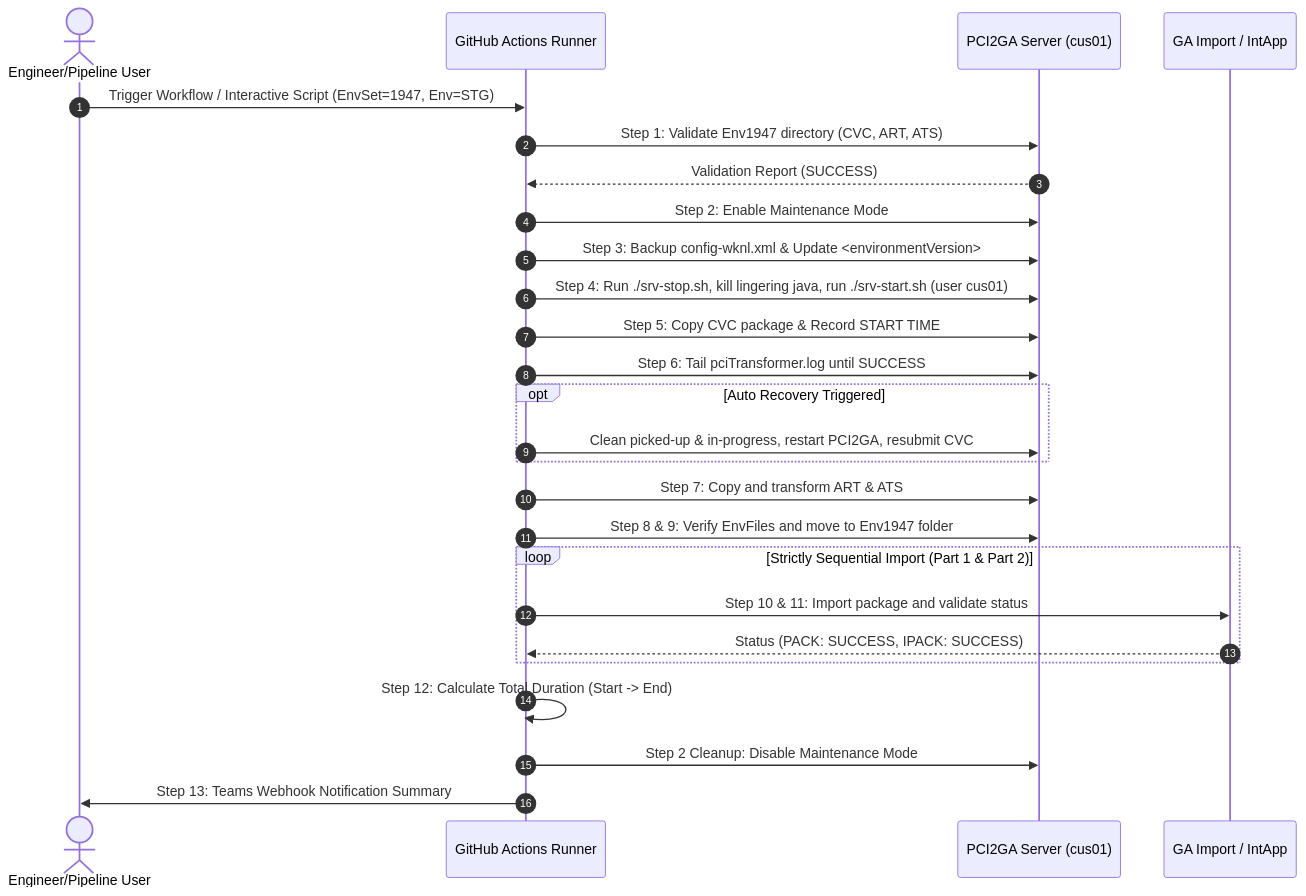
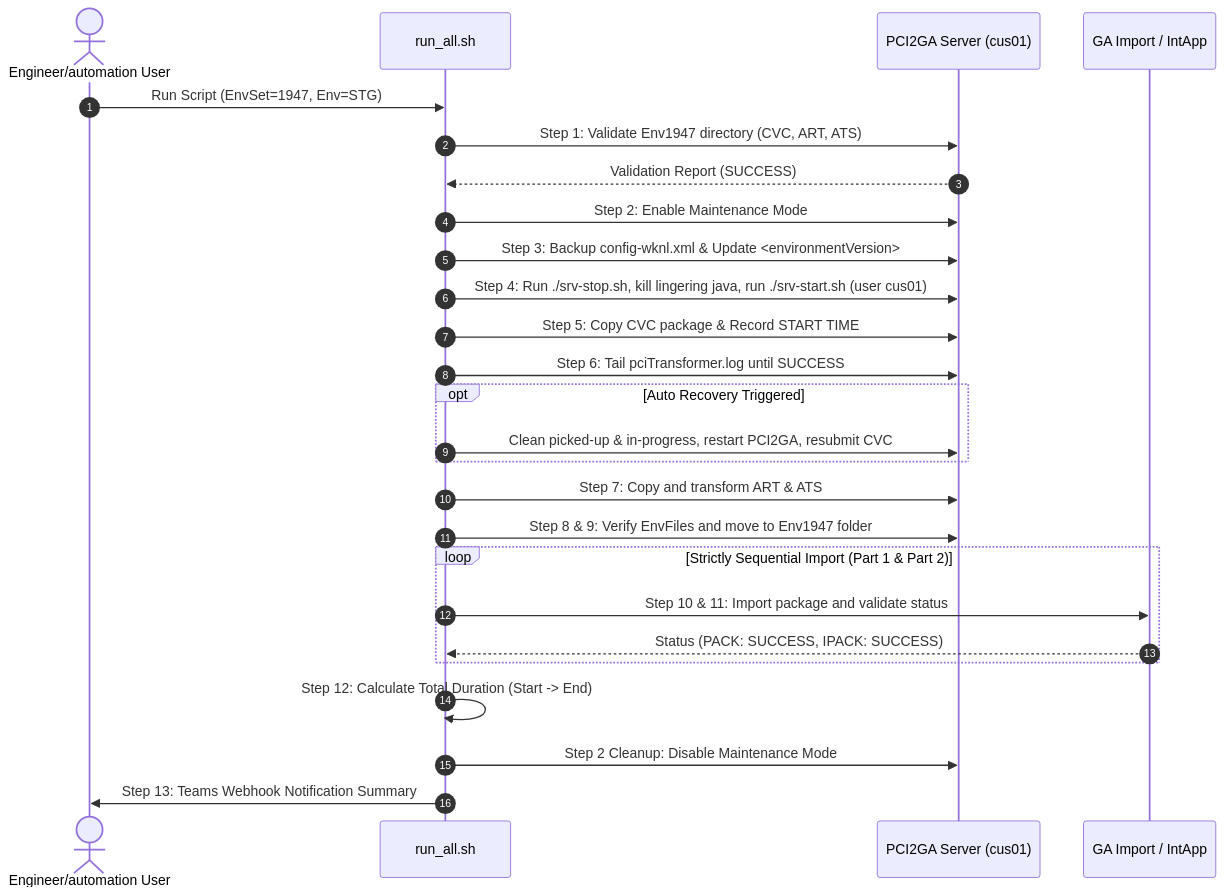
Before and after one commit to vivek-wk/configset-deployment-pipeline: the second of 2 diagrams in docs/ARCHITECTURE.md, drawn with Mermaid. The commit also changed other lines of this file and 8 other files, not shown here.

Commit message:
migrated from CI pipeline to single entry point Bash Script

````diff
--- a/docs/ARCHITECTURE.md
+++ b/docs/ARCHITECTURE.md
@@ -43,29 +42,29 @@
 ```mermaid
 sequenceDiagram
     autonumber
-    actor DevOps as Engineer/Pipeline User
-    participant GHA as GitHub Actions Runner
+    actor DevOps as Engineer/automation User
+    participant Script as run_all.sh
     participant PCI as PCI2GA Server (cus01)
     participant GA as GA Import / IntApp
 
-    DevOps->>GHA: Trigger Workflow / Interactive Script (EnvSet=1947, Env=STG)
-    GHA->>PCI: Step 1: Validate Env1947 directory (CVC, ART, ATS)
-    PCI-->>GHA: Validation Report (SUCCESS)
-    GHA->>PCI: Step 2: Enable Maintenance Mode
-    GHA->>PCI: Step 3: Backup config-wknl.xml & Update <environmentVersion>
-    GHA->>PCI: Step 4: Run ./srv-stop.sh, kill lingering java, run ./srv-start.sh (user cus01)
-    GHA->>PCI: Step 5: Copy CVC package & Record START TIME
-    GHA->>PCI: Step 6: Tail pciTransformer.log until SUCCESS
+    DevOps->>Script: Run Script (EnvSet=1947, Env=STG)
+    Script->>PCI: Step 1: Validate Env1947 directory (CVC, ART, ATS)
+    PCI-->>Script: Validation Report (SUCCESS)
+    Script->>PCI: Step 2: Enable Maintenance Mode
+    Script->>PCI: Step 3: Backup config-wknl.xml & Update <environmentVersion>
+    Script->>PCI: Step 4: Run ./srv-stop.sh, kill lingering java, run ./srv-start.sh (user cus01)
+    Script->>PCI: Step 5: Copy CVC package & Record START TIME
+    Script->>PCI: Step 6: Tail pciTransformer.log until SUCCESS
     opt Auto Recovery Triggered
-        GHA->>PCI: Clean picked-up & in-progress, restart PCI2GA, resubmit CVC
+        Script->>PCI: Clean picked-up & in-progress, restart PCI2GA, resubmit CVC
     end
-    GHA->>PCI: Step 7: Copy and transform ART & ATS
-    GHA->>PCI: Step 8 & 9: Verify EnvFiles and move to Env1947 folder
+    Script->>PCI: Step 7: Copy and transform ART & ATS
+    Script->>PCI: Step 8 & 9: Verify EnvFiles and move to Env1947 folder
     loop Strictly Sequential Import (Part 1 & Part 2)
-        GHA->>GA: Step 10 & 11: Import package and validate status
-        GA-->>GHA: Status (PACK: SUCCESS, IPACK: SUCCESS)
+        Script->>GA: Step 10 & 11: Import package and validate status
+        GA-->>Script: Status (PACK: SUCCESS, IPACK: SUCCESS)
     end
-    GHA->>GHA: Step 12: Calculate Total Duration (Start -> End)
-    GHA->>PCI: Step 2 Cleanup: Disable Maintenance Mode
-    GHA->>DevOps: Step 13: Teams Webhook Notification Summary
+    Script->>Script: Step 12: Calculate Total Duration (Start -> End)
+    Script->>PCI: Step 2 Cleanup: Disable Maintenance Mode
+    Script->>DevOps: Step 13: Teams Webhook Notification Summary
 ```
````
